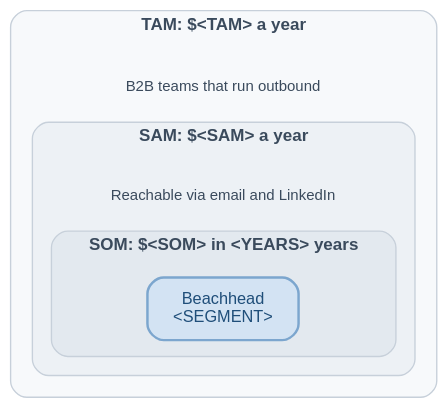
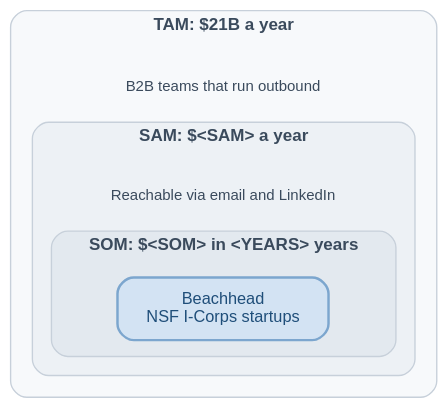
One commit to GokuHashira/gpsaggese.github.io changed the second of 3 diagrams in research/NewCo/pay_per_meeting.vc_pitch.slides.md. Above: the diagram before and after it, drawn with Graphviz. The commit also changed other lines of this file, not shown here.

````diff
--- a/research/NewCo/pay_per_meeting.vc_pitch.slides.md
+++ b/research/NewCo/pay_per_meeting.vc_pitch.slides.md
@@ -208,69 +211,69 @@
 ```graphviz
 digraph MarketSize {
   bgcolor="transparent";
   pad="0.15";
   rankdir=TB;
   nodesep=0.30;
   ranksep=0.25;
 
   node [shape=plaintext,
         style="",
         fontname="Helvetica",
         fontsize=11,
         fontcolor="#3A4A5C"];
 
   edge [style=invis];
 
   // hierarchy : neutral gray | obtainable segment : blue
 
   subgraph cluster_tam {
-    label     = "TAM: $<TAM> a year";
+    label     = "TAM: $21B a year";
     labelloc  = "t";
     fontname  = "Helvetica-Bold";
     fontsize  = 12.5;
     fontcolor = "#3A4A5C";
     style     = "rounded,filled";
     fillcolor = "#F7F9FB";
     color     = "#C7D0DA";
     penwidth  = 1.0;
     margin    = 16;
 
     Tam [label="B2B teams that run outbound"];
 
     subgraph cluster_sam {
       label     = "SAM: $<SAM> a year";
       labelloc  = "t";
       fontname  = "Helvetica-Bold";
       fontsize  = 12.5;
       fontcolor = "#3A4A5C";
       style     = "rounded,filled";
       fillcolor = "#EDF1F5";
       color     = "#C7D0DA";
       penwidth  = 1.0;
       margin    = 14;
 
       Sam [label="Reachable via email and LinkedIn"];
 
       subgraph cluster_som {
         label     = "SOM: $<SOM> in <YEARS> years";
         labelloc  = "t";
         fontname  = "Helvetica-Bold";
         fontsize  = 12.5;
         fontcolor = "#3A4A5C";
         style     = "rounded,filled";
         fillcolor = "#E3E9EF";
         color     = "#C7D0DA";
         penwidth  = 1.0;
         margin    = 12;
 
         Som [shape=box, style="rounded,filled", fontsize=12,
-             label="Beachhead\n<SEGMENT>",
+             label="Beachhead\nNSF I-Corps startups",
              fillcolor="#D3E3F3", color="#7CA6CE", fontcolor="#1F4E79",
              penwidth=1.8, margin="0.22,0.14"];
       }
     }
   }
 
   Tam -> Sam -> Som;
 }
 ```
````
